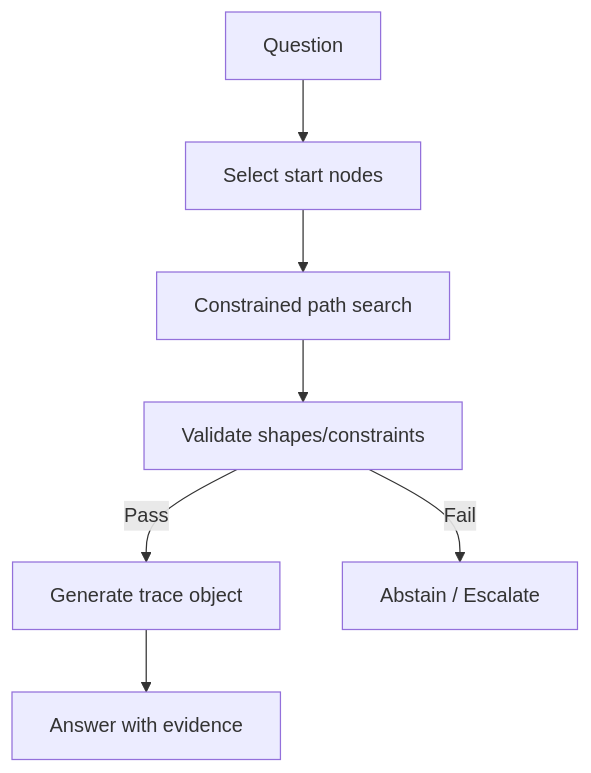
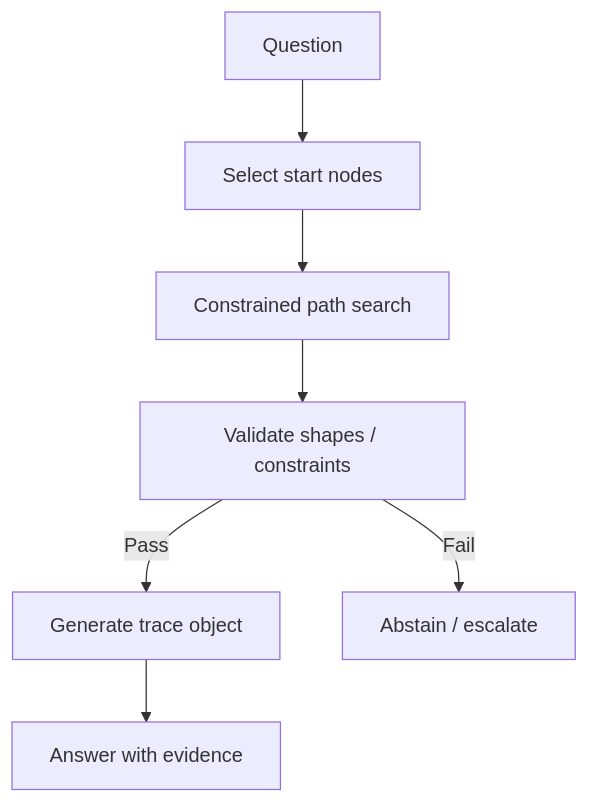
One commit to 5Reasons/5reasons.github.io changed the first of 3 diagrams in docs/methodology/brcausalgraphrag.md. Above: the diagram before and after it, drawn with Mermaid. The commit also changed other lines of this file and 19 other files, not shown here.

````diff
--- a/docs/methodology/brcausalgraphrag.md
+++ b/docs/methodology/brcausalgraphrag.md
@@ -22,9 +82,9 @@
 ```mermaid
-flowchart TB
-  Q[Question] --> S[Select start nodes]
-  S --> P[Constrained path search]
-  P --> V[Validate shapes/constraints]
-  V -->|Pass| T[Generate trace object]
-  T --> A[Answer with evidence]
-  V -->|Fail| X[Abstain / Escalate]
+flowchart TB;
+  Q["Question"] --> S["Select start nodes"];
+  S --> P["Constrained path search"];
+  P --> V["Validate shapes / constraints"];
+  V -->|"Pass"| T["Generate trace object"];
+  T --> A["Answer with evidence"];
+  V -->|"Fail"| X["Abstain / escalate"];
 ```
````
